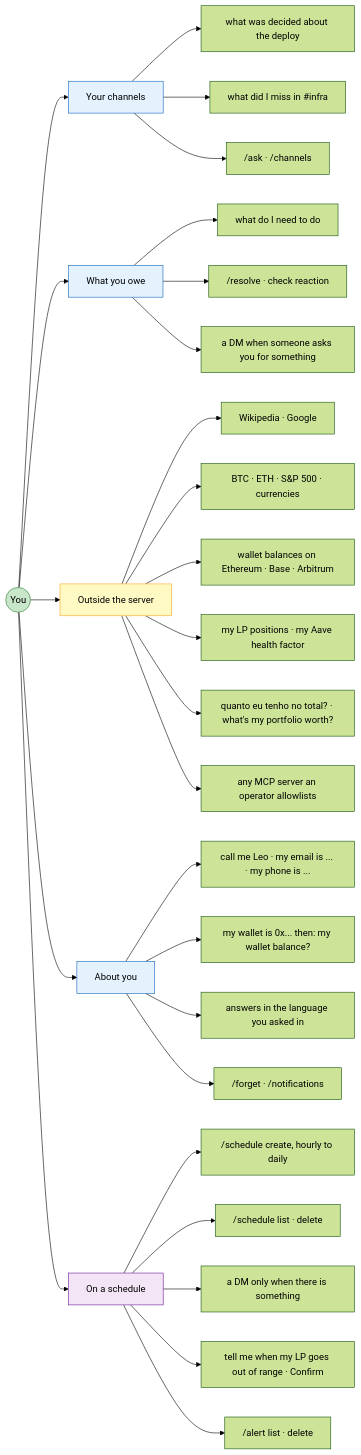
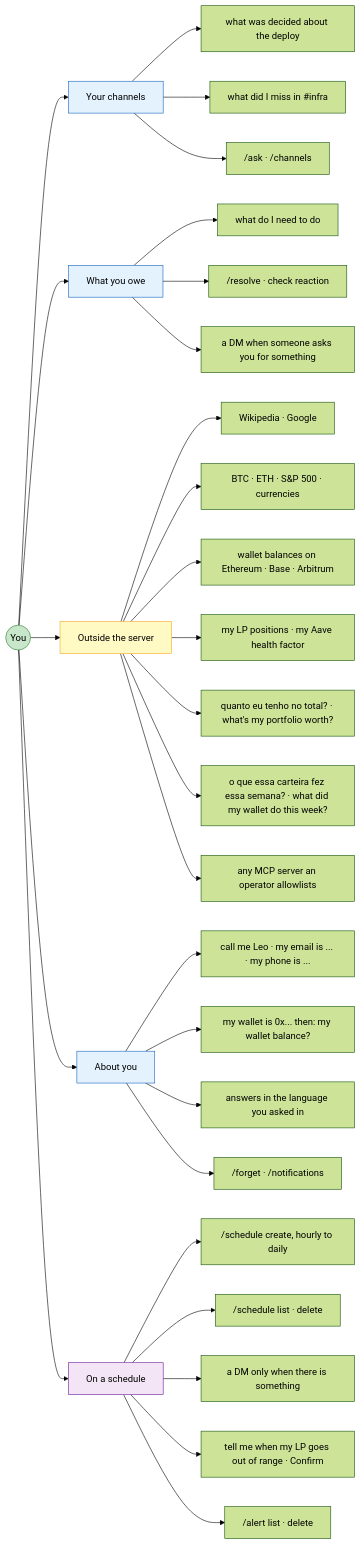
Before and after one commit to CyberdyneCorp/CyberFriend: the second of 4 diagrams in README.md, drawn with Mermaid (forest theme). The commit also changed other lines of this file and 32 other files, not shown here.

````diff
--- a/README.md
+++ b/README.md
@@ -97,42 +101,43 @@
 ```mermaid
 graph LR
     P(("You"))
 
     P --> CORPUS["Your channels"]
     CORPUS --> C1["what was decided about the deploy"]
     CORPUS --> C2["what did I miss in #infra"]
     CORPUS --> C3["/ask &middot; /channels"]
 
     P --> OWED["What you owe"]
     OWED --> O1["what do I need to do"]
     OWED --> O2["/resolve &middot; check reaction"]
     OWED --> O3["a DM when someone asks you for something"]
 
     P --> OUT["Outside the server"]
     OUT --> X1["Wikipedia &middot; Google"]
     OUT --> X2["BTC &middot; ETH &middot; S&P 500 &middot; currencies"]
     OUT --> X3["wallet balances on Ethereum &middot; Base &middot; Arbitrum"]
     OUT --> X5["my LP positions &middot; my Aave health factor"]
     OUT --> X6["quanto eu tenho no total? &middot; what's my portfolio worth?"]
+    OUT --> X7["o que essa carteira fez essa semana? &middot; what did my wallet do this week?"]
     OUT --> X4["any MCP server an operator allowlists"]
 
     P --> YOU["About you"]
     YOU --> Y1["call me Leo &middot; my email is ... &middot; my phone is ..."]
     YOU --> Y2["my wallet is 0x... then: my wallet balance?"]
     YOU --> Y3["answers in the language you asked in"]
     YOU --> Y4["/forget &middot; /notifications"]
 
     P --> WHEN["On a schedule"]
     WHEN --> W1["/schedule create, hourly to daily"]
     WHEN --> W2["/schedule list &middot; delete"]
     WHEN --> W3["a DM only when there is something"]
     WHEN --> W4["tell me when my LP goes out of range &middot; Confirm"]
     WHEN --> W5["/alert list &middot; delete"]
 
     style P fill:#C8E6C9,stroke:#2E7D32
     style CORPUS fill:#E3F2FD,stroke:#1565C0
     style OWED fill:#E3F2FD,stroke:#1565C0
     style OUT fill:#FFF9C4,stroke:#F9A825
     style YOU fill:#E3F2FD,stroke:#1565C0
     style WHEN fill:#F3E5F5,stroke:#6A1B9A
 ```
````
